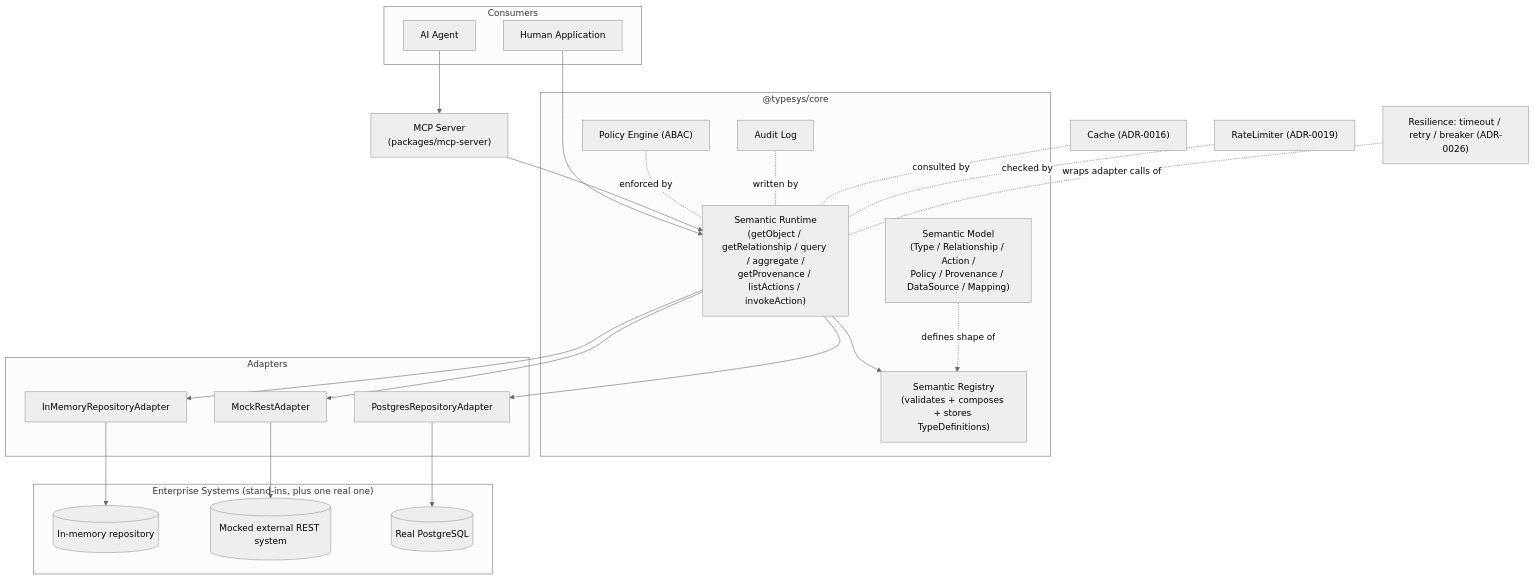
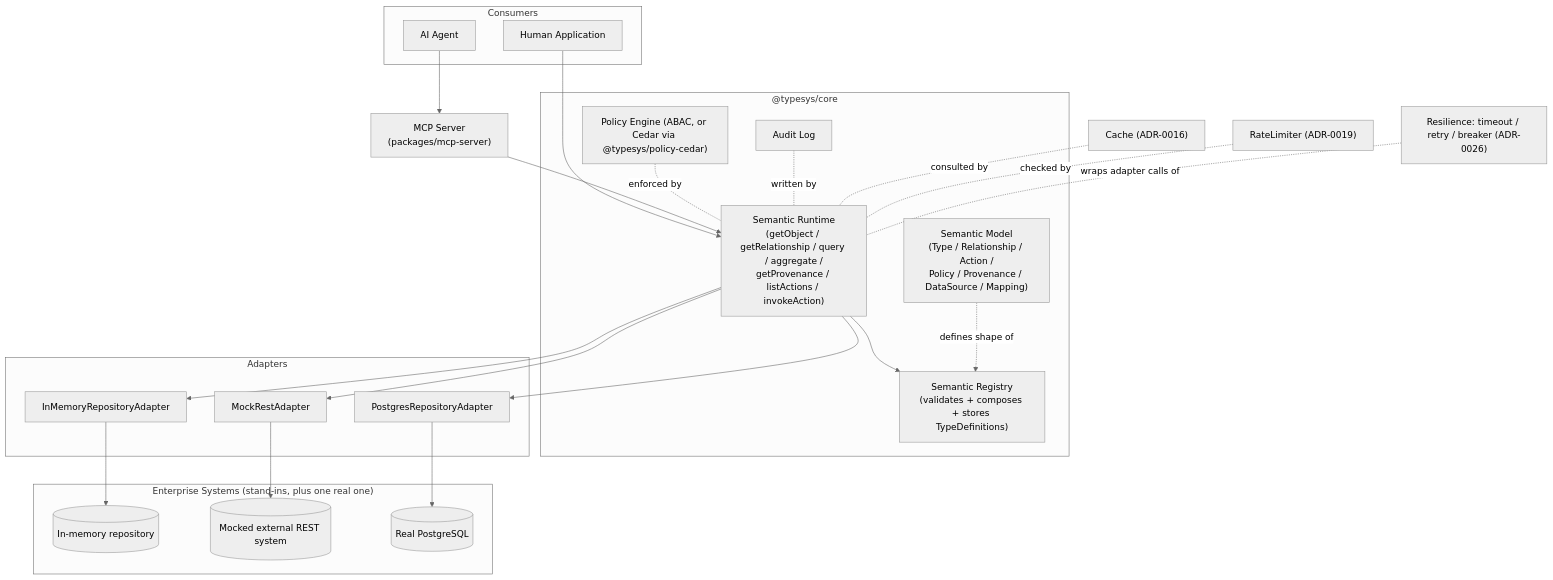
One commit to marlinspike/TypeSystem changed the first of 6 diagrams in docs/architecture.md. Above: the diagram before and after it, drawn with Mermaid (neutral theme). The commit also changed other lines of this file and 22 other files, not shown here.

````diff
--- a/docs/architecture.md
+++ b/docs/architecture.md
@@ -27,45 +27,45 @@
 ```mermaid
 flowchart TB
     subgraph Consumers
         APP[Human Application]
         AGENT[AI Agent]
     end
 
     MCP["MCP Server\n(packages/mcp-server)"]
 
     subgraph Core["@typesys/core"]
         MODEL["Semantic Model\n(Type / Relationship / Action /\nPolicy / Provenance / DataSource / Mapping)"]
         REGISTRY["Semantic Registry\n(validates + composes + stores TypeDefinitions)"]
         RUNTIME["Semantic Runtime\n(getObject / getRelationship / query / aggregate /\ngetProvenance / listActions / invokeAction)"]
-        POLICY["Policy Engine (ABAC)"]
+        POLICY["Policy Engine (ABAC, or Cedar via @typesys/policy-cedar)"]
         AUDIT["Audit Log"]
     end
 
     subgraph Adapters["Adapters"]
         INMEM["InMemoryRepositoryAdapter"]
         REST["MockRestAdapter"]
         PG["PostgresRepositoryAdapter"]
     end
 
     subgraph Systems["Enterprise Systems (stand-ins, plus one real one)"]
         DB[(In-memory repository)]
         EXT[(Mocked external REST system)]
         PGDB[(Real PostgreSQL)]
     end
 
     APP --> RUNTIME
     AGENT --> MCP --> RUNTIME
     RUNTIME --> REGISTRY
     MODEL -.defines shape of.-> REGISTRY
     RUNTIME --> INMEM
     RUNTIME --> REST
     RUNTIME --> PG
     INMEM --> DB
     REST --> EXT
     PG --> PGDB
     POLICY -. enforced by .- RUNTIME
     AUDIT -. written by .- RUNTIME
     CACHE["Cache (ADR-0016)"] -. consulted by .- RUNTIME
     RATELIMIT["RateLimiter (ADR-0019)"] -. checked by .- RUNTIME
     RESILIENCE["Resilience: timeout / retry / breaker (ADR-0026)"] -. wraps adapter calls of .- RUNTIME
 ```
````
